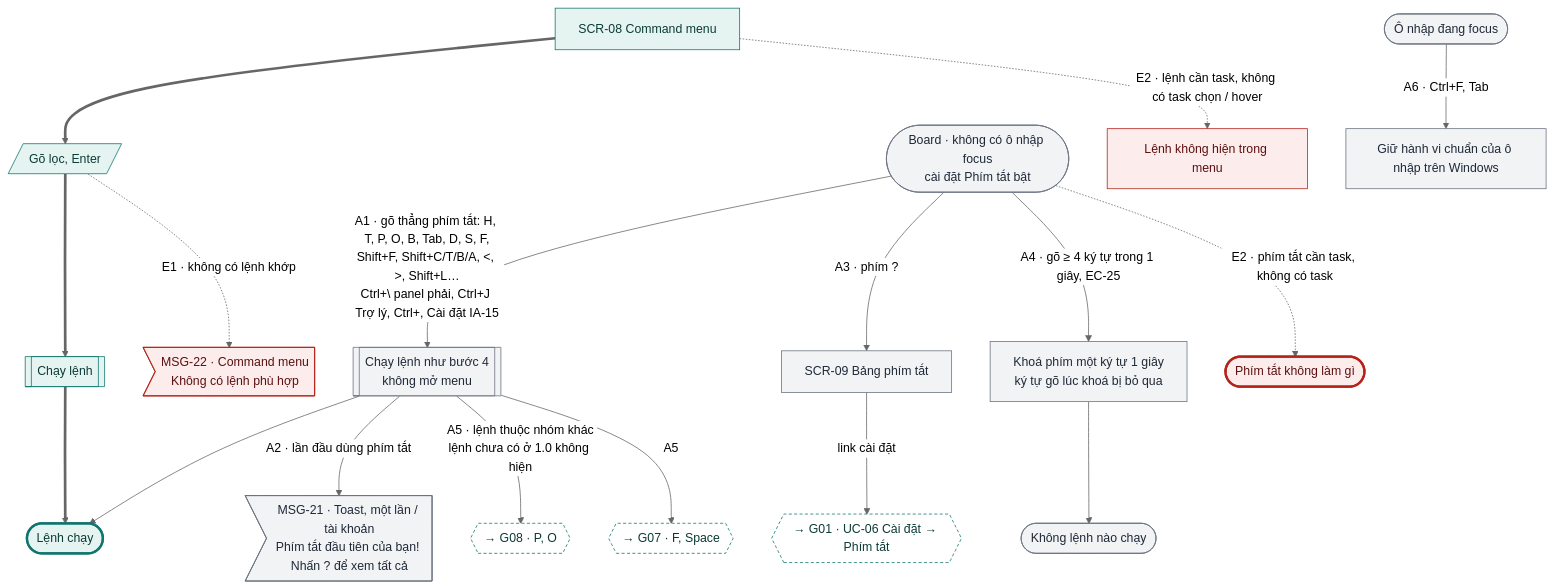
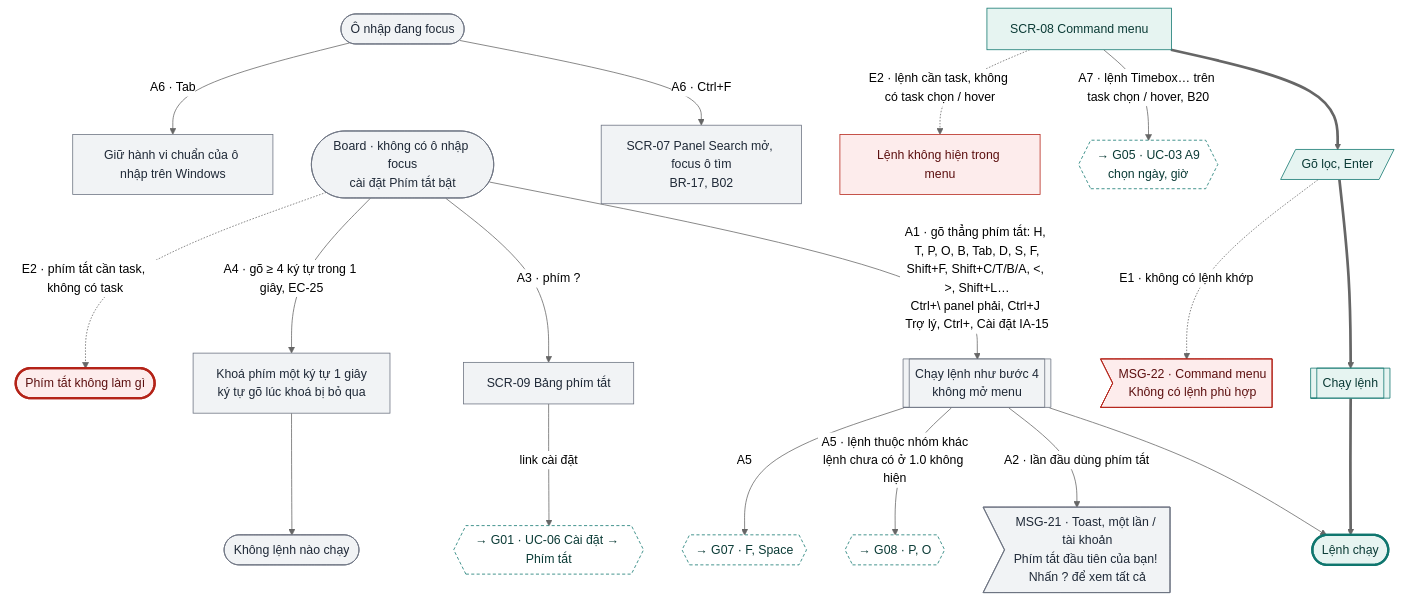
Before and after one commit to tannguyenho/personal-app: diagram 20 of 20 in docs/design-brief/flow/g04-board-ngay.md, drawn with Mermaid (neutral theme). The commit also changed other lines of this file and 6 other files, not shown here.

First line of the commit message:
docs(G02, G04): áp quyết định PO 09/11 vào SRS, PRD, flow; IA trỏ mã mới

````diff
--- a/docs/design-brief/flow/g04-board-ngay.md
+++ b/docs/design-brief/flow/g04-board-ngay.md
@@ -878,40 +886,42 @@
 ```mermaid
 flowchart TD
   s1["SCR-08 Command menu"]
   u2[/"Gõ lọc, Enter"/]
   p1[["Chạy lệnh"]]
   ok(["Lệnh chạy"])
   s1 ==> u2 ==> p1 ==> ok
 
   k0(["Board · không có ô nhập focus<br/>cài đặt Phím tắt bật"])
   k0 -->|"A1 · gõ thẳng phím tắt: H, T, P, O, B, Tab, D, S, F,<br/>Shift+F, Shift+C/T/B/A, <, >, Shift+L…<br/>Ctrl+\ panel phải, Ctrl+J Trợ lý, Ctrl+, Cài đặt IA-15"| a1[["Chạy lệnh như bước 4<br/>không mở menu"]]
   a1 --> ok
   a1 -->|"A2 · lần đầu dùng phím tắt"| a2m>"MSG-21 · Toast, một lần / tài khoản<br/>Phím tắt đầu tiên của bạn! Nhấn ? để xem tất cả"]
   k0 -->|"A3 · phím ?"| a3["SCR-09 Bảng phím tắt"]
   a3 -->|"link cài đặt"| a3x{{"→ G01 · UC-06 Cài đặt → Phím tắt"}}
   k0 -->|"A4 · gõ ≥ 4 ký tự trong 1 giây, EC-25"| a4["Khoá phím một ký tự 1 giây<br/>ký tự gõ lúc khoá bị bỏ qua"]
   a4 --> a4e(["Không lệnh nào chạy"])
   a1 -->|"A5 · lệnh thuộc nhóm khác<br/>lệnh chưa có ở 1.0 không hiện"| a5a{{"→ G08 · P, O"}}
   a1 -->|"A5"| a5b{{"→ G07 · F, Space"}}
-  in0(["Ô nhập đang focus"]) -->|"A6 · Ctrl+F, Tab"| a6["Giữ hành vi chuẩn của ô nhập trên Windows"]
+  in0(["Ô nhập đang focus"]) -->|"A6 · Ctrl+F"| a6f["SCR-07 Panel Search mở, focus ô tìm<br/>BR-17, B02"]
+  in0 -->|"A6 · Tab"| a6["Giữ hành vi chuẩn của ô nhập trên Windows"]
+  s1 -->|"A7 · lệnh Timebox… trên task chọn / hover, B20"| a7x{{"→ G05 · UC-03 A9<br/>chọn ngày, giờ"}}
 
   u2 -.->|"E1 · không có lệnh khớp"| e1m>"MSG-22 · Command menu<br/>Không có lệnh phù hợp"]
   s1 -.->|"E2 · lệnh cần task, không có task chọn / hover"| e2["Lệnh không hiện trong menu"]
   k0 -.->|"E2 · phím tắt cần task, không có task"| e2b(["Phím tắt không làm gì"])
 
   class s1,u2,p1 happy
-  class k0,a1,a2m,a3,a4,a4e,in0,a6 alt
-  class a3x,a5a,a5b link
+  class k0,a1,a2m,a3,a4,a4e,in0,a6,a6f alt
+  class a3x,a5a,a5b,a7x link
   class e1m,e2 err
   class ok done
   class e2b fail
   classDef happy fill:#E6F4F1,stroke:#0F766E,color:#0B3B36
   classDef alt fill:#F1F3F5,stroke:#6B7280,color:#1F2937
   classDef err fill:#FDECEC,stroke:#B42318,color:#5C1010
   classDef warn fill:#FEF4E2,stroke:#B45309,color:#4A2604
   classDef ai fill:#F1ECFD,stroke:#6D28D9,color:#2E1065
   classDef sync fill:#FFFFFF,stroke:#6B7280,stroke-dasharray:4 3,color:#1F2937
   classDef link fill:#FFFFFF,stroke:#0F766E,stroke-dasharray:4 3,color:#0B3B36
   classDef done fill:#E6F4F1,stroke:#0F766E,stroke-width:3px,color:#0B3B36
   classDef fail fill:#FDECEC,stroke:#B42318,stroke-width:3px,color:#5C1010
 ```
````
